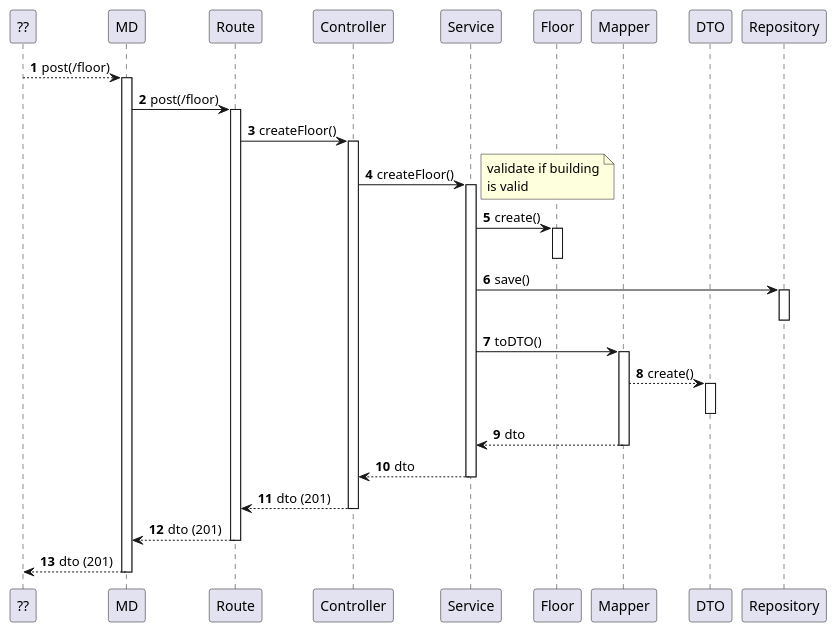
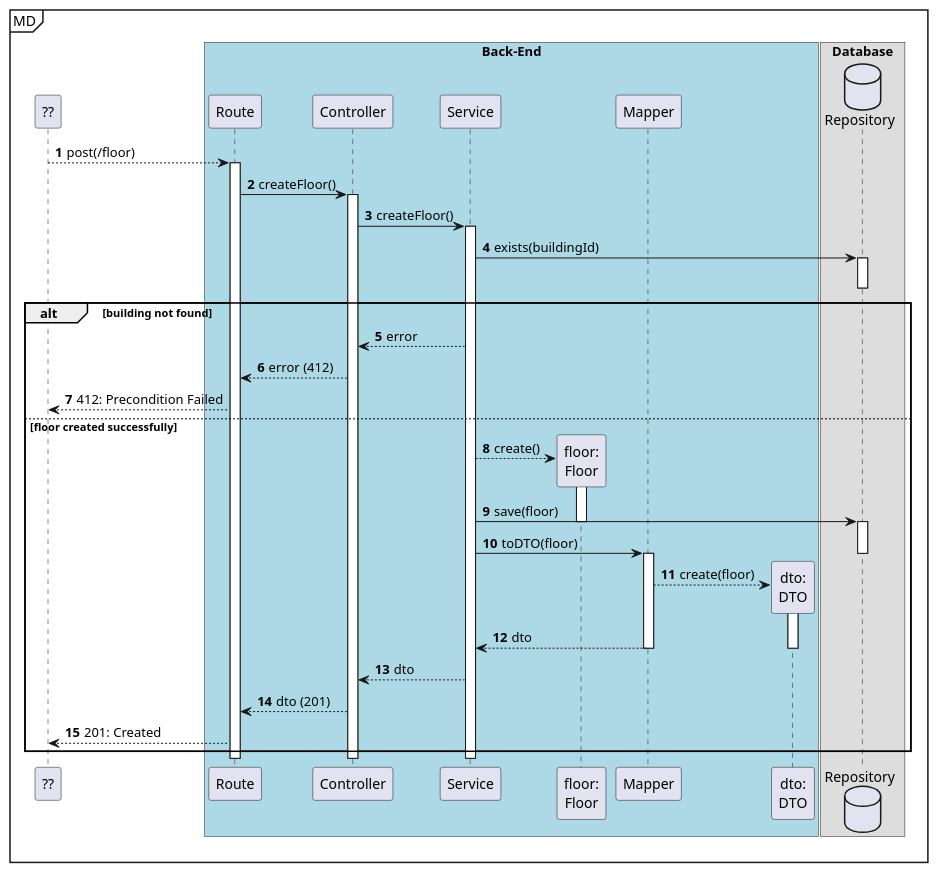
Before and after one commit to Departamento-de-Engenharia-Informatica/lapr5-23-24-g19: the diagram in docs/us190/level3/process-view.puml, drawn with PlantUML.

Commit message:
docs(us190): lvl3 process view re-design

```diff
--- a/docs/us190/level3/process-view.puml
+++ b/docs/us190/level3/process-view.puml
@@ -1,58 +1,63 @@
 @startuml
 autonumber
 
 participant "??" as ui
 
-participant "MD" as mdr
+mainframe MD
+box "Back-End" #LightBlue
 participant "Route" as r
 participant "Controller" as ctrl
 participant "Service" as svc
 
-participant "Floor" as b
+participant "floor:\nFloor" as floor
 participant "Mapper" as map
-participant "DTO" as dto
+participant "dto:\nDTO" as dto
+end box
 
-participant "Repository" as repo
-
+box "Database"
+database "Repository" as repo
+end box
 
 'activate ui
-ui --> mdr: post(/floor)
-    activate mdr
-    mdr -> r : post(/floor)
-
+ui --> r: post(/floor)
     activate r
         r -> ctrl : createFloor()
-            activate ctrl
-                ctrl -> svc : createFloor()
-                activate svc
-                    note right: validate if building\nis valid
-                    svc -> b : create()
-                    activate b
-                    deactivate b
+        activate ctrl
+            ctrl -> svc : createFloor()
+            activate svc
+                svc -> repo : exists(buildingId)
+                activate repo
+                deactivate repo
 
-                    svc -> repo : save()
+                alt building not found
+                    svc --> ctrl : error
+                    ctrl --> r : error (412)
+                    r --> ui : 412: Precondition Failed
+                else floor created successfully
+                    svc --> floor** : create()
+                    activate floor
+                        svc -> repo : save(floor)
+                    deactivate floor
+
                     activate repo
+                        svc -> map : toDTO(floor)
                     deactivate repo
 
-                    svc -> map : toDTO()
                     activate map
-                        map --> dto : create()
+                        map --> dto** : create(floor)
                         activate dto
+                            map --> svc : dto
                         deactivate dto
-                        map --> svc : dto
                     deactivate map
 
                     svc --> ctrl : dto
-                deactivate svc
-
-                ctrl --> r : dto (201)
-            deactivate ctrl
-
-        r --> mdr : dto (201)
+                    ctrl --> r : dto (201)
+                    r --> ui : 201: Created
+                end
+            deactivate svc
+        deactivate ctrl
     deactivate r
 
-    mdr --> ui: dto (201)
-    deactivate mdr
 'deactivate ui
 
 @enduml
```
